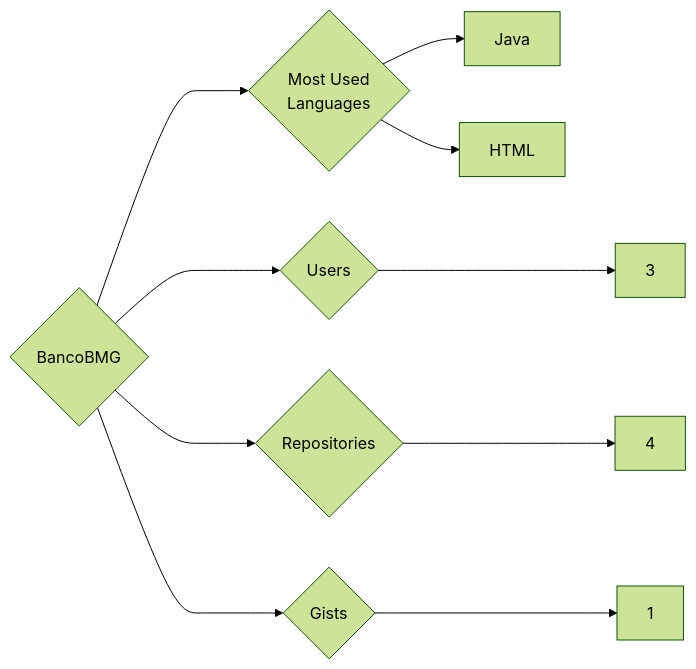
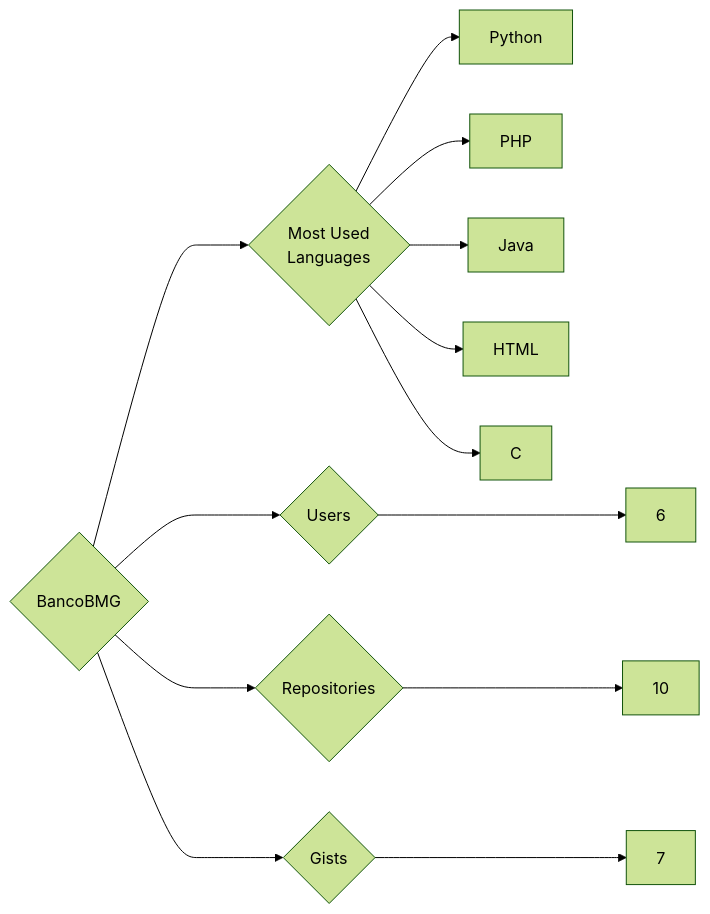
The diagram in targets/BancoBMG/README.md (trickest/insiders), drawn with Mermaid (forest theme) before and after one commit. The commit also changed 1092 other files, not shown here.

````diff
--- a/targets/BancoBMG/README.md
+++ b/targets/BancoBMG/README.md
@@ -3,10 +3,13 @@
 ```mermaid
 graph LR
 COMPANY_NAME{BancoBMG}
-COMPANY_NAME ---> U{Users} ---> UN[3]
-COMPANY_NAME ---> R{Repositories} ---> RN[4]
-COMPANY_NAME ---> G{Gists} ---> GN[1]
+COMPANY_NAME ---> U{Users} ---> UN[6]
+COMPANY_NAME ---> R{Repositories} ---> RN[10]
+COMPANY_NAME ---> G{Gists} ---> GN[7]
 COMPANY_NAME ---> ML{Most Used<br>Languages}
+ML --> Python[Python]
+ML --> PHP[PHP]
 ML --> Java[Java]
 ML --> HTML[HTML]
+ML --> C[C]
 ```
````
